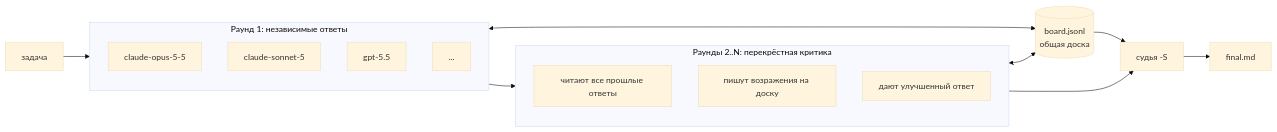
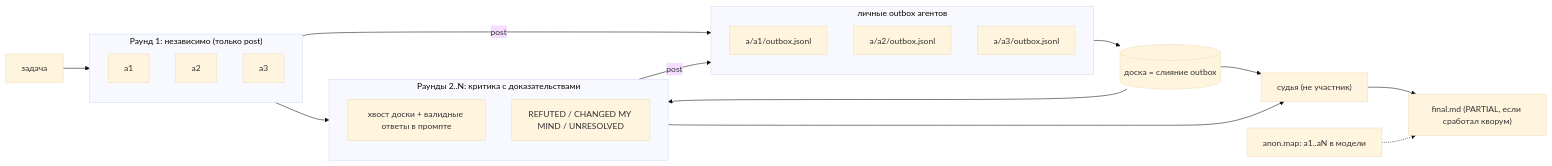
Before and after one commit to gon7187/agent-swarm: the diagram in README.ru.md, drawn with Mermaid (base theme). The commit also changed other lines of this file and 4 other files, not shown here.

````diff
--- a/README.ru.md
+++ b/README.ru.md
@@ -15,27 +15,32 @@
 ```mermaid
 flowchart LR
     T[задача] --> R1
 
-    subgraph R1[Раунд 1: независимые ответы]
-        A1[claude-opus-5-5]
-        A2[claude-sonnet-5]
-        A3[gpt-5.5]
-        A4[...]
+    subgraph R1["Раунд 1: независимо (только post)"]
+        A1[a1]
+        A2[a2]
+        A3[a3]
     end
 
-    B[(board.jsonl<br/>общая доска)]
-    R1 <--> B
+    subgraph OB[личные outbox агентов]
+        O1["a/a1/outbox.jsonl"]
+        O2["a/a2/outbox.jsonl"]
+        O3["a/a3/outbox.jsonl"]
+    end
+
+    R1 -- post --> OB
+    OB --> B[(доска = слияние outbox)]
 
     R1 --> R2
-
-    subgraph R2[Раунды 2..N: перекрёстная критика]
-        C1[читают все прошлые ответы]
-        C2[пишут возражения на доску]
-        C3[дают улучшенный ответ]
+    subgraph R2["Раунды 2..N: критика с доказательствами"]
+        C1[хвост доски + валидные ответы в промпте]
+        C2[REFUTED / CHANGED MY MIND / UNRESOLVED]
     end
 
-    R2 <--> B
-    R2 --> J[судья -S]
+    B --> R2
+    R2 -- post --> OB
+    R2 --> J["судья (не участник)"]
     B --> J
-    J --> F[final.md]
+    J --> F["final.md (PARTIAL, если сработал кворум)"]
+    M[anon.map: a1..aN в модели] -.-> F
 ```
````
